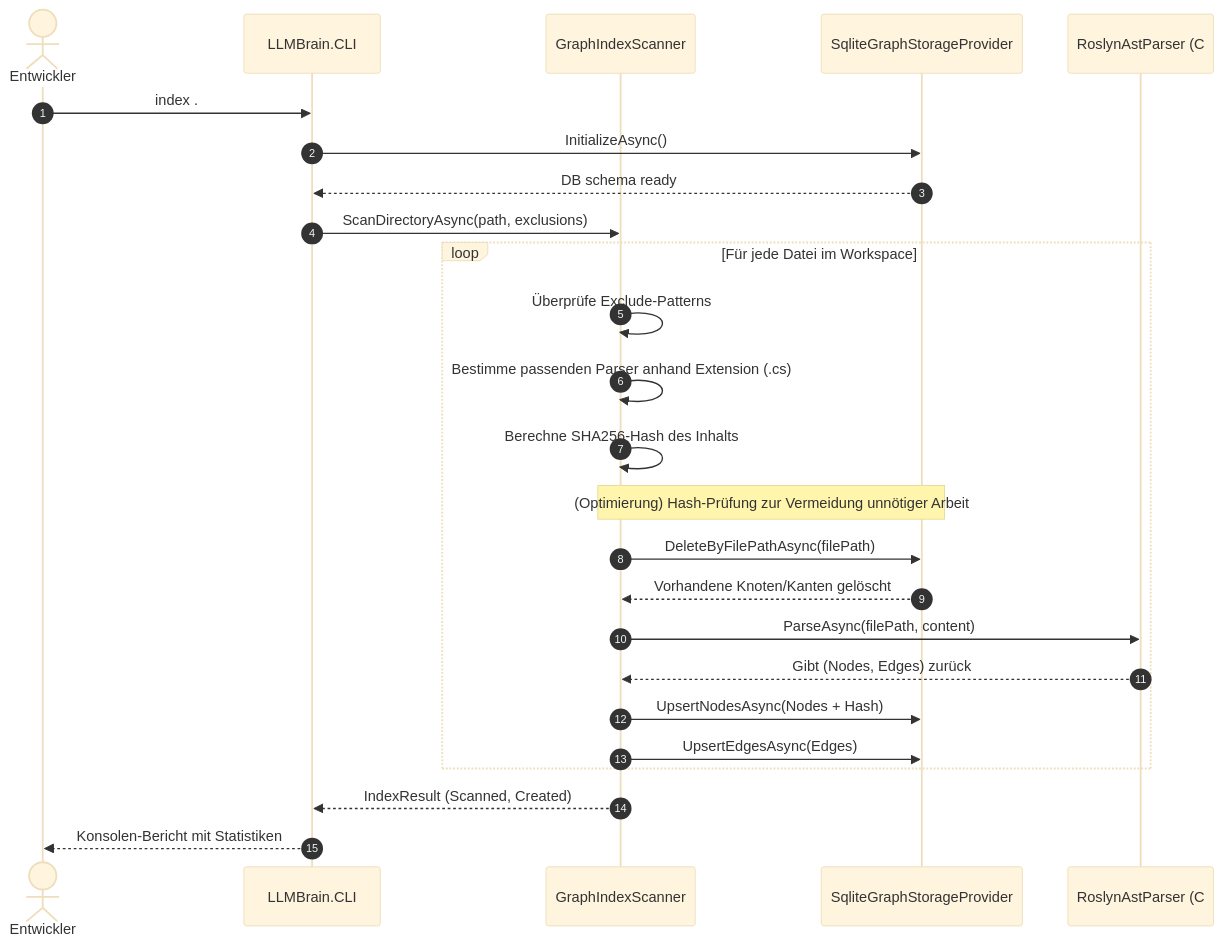
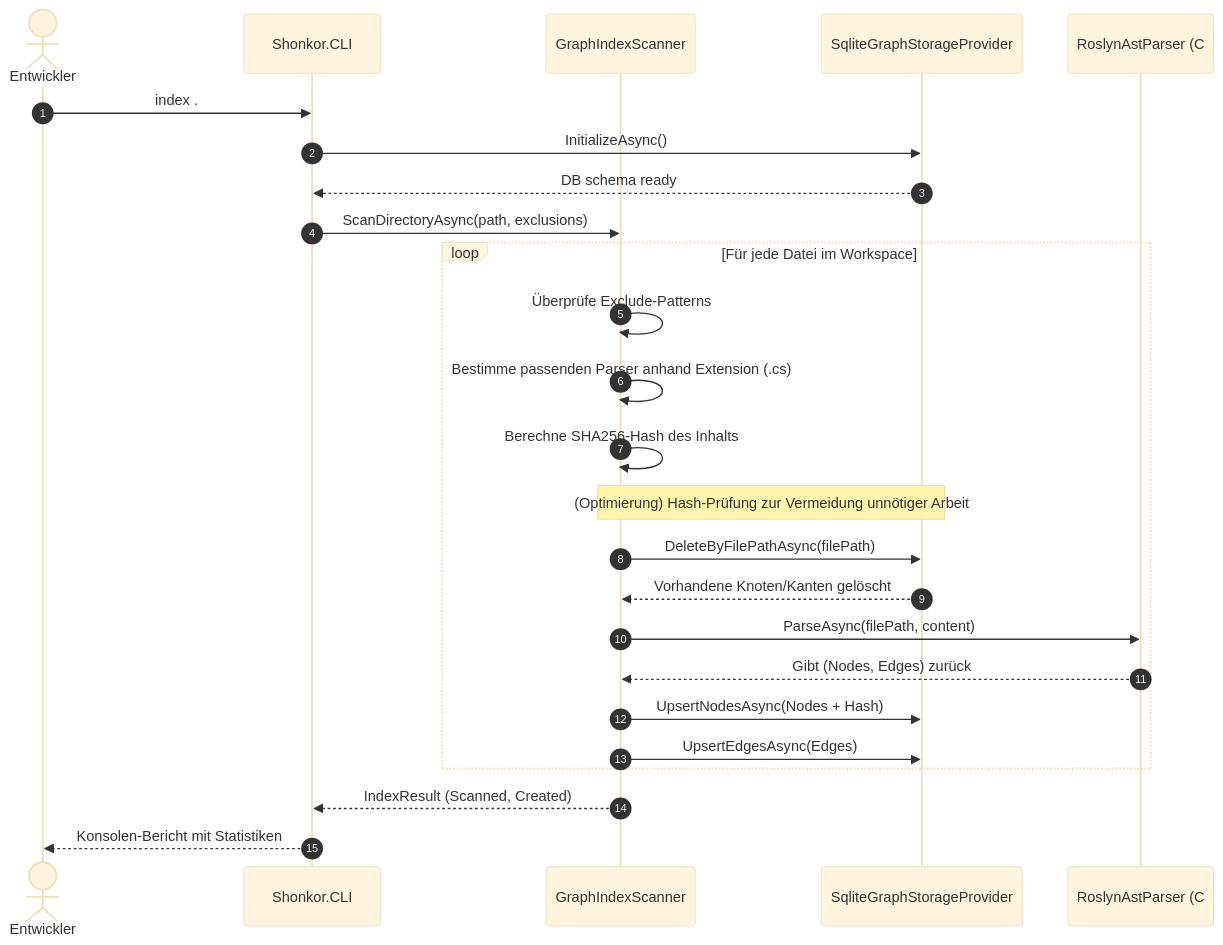
The first of 2 diagrams in docs/developer/arc42/06_runtime_view.md (MrNedimBoztepe/Shonkor), drawn with Mermaid (base theme) before and after one commit. The commit also changed other lines of this file and 92 other files, not shown here.

First line of the commit message:
chore: rename LLMBrain -> Shonkor and harden engine, MCP & web

````diff
--- a/docs/developer/arc42/06_runtime_view.md
+++ b/docs/developer/arc42/06_runtime_view.md
@@ -11,34 +11,34 @@
 ```mermaid
 sequenceDiagram
     autonumber
     actor Dev as Entwickler
-    participant CLI as LLMBrain.CLI
+    participant CLI as Shonkor.CLI
     participant Scan as GraphIndexScanner
     participant Db as SqliteGraphStorageProvider
     participant Parser as RoslynAstParser (C#)
 
     Dev->>CLI: index .
     CLI->>Db: InitializeAsync()
     Db-->>CLI: DB schema ready
     CLI->>Scan: ScanDirectoryAsync(path, exclusions)
     
     loop Für jede Datei im Workspace
         Scan->>Scan: Überprüfe Exclude-Patterns
         Scan->>Scan: Bestimme passenden Parser anhand Extension (.cs)
         Scan->>Scan: Berechne SHA256-Hash des Inhalts
         
         Note over Scan, Db: (Optimierung) Hash-Prüfung zur Vermeidung unnötiger Arbeit
         
         Scan->>Db: DeleteByFilePathAsync(filePath)
         Db-->>Scan: Vorhandene Knoten/Kanten gelöscht
         
         Scan->>Parser: ParseAsync(filePath, content)
         Parser-->>Scan: Gibt (Nodes, Edges) zurück
         
         Scan->>Db: UpsertNodesAsync(Nodes + Hash)
         Scan->>Db: UpsertEdgesAsync(Edges)
     end
     
     Scan-->>CLI: IndexResult (Scanned, Created)
     CLI-->>Dev: Konsolen-Bericht mit Statistiken
 ```
````
